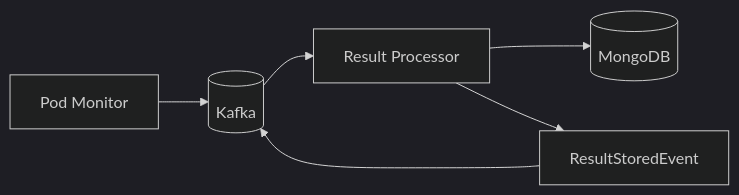
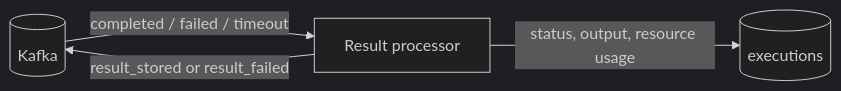
One commit to HardMax71/Integr8sCode changed the diagram in docs/components/workers/result_processor.md. Above: the diagram before and after it, drawn with Mermaid (dark theme). The commit also changed other lines of this file and 304 other files, not shown here.

````diff
--- a/docs/components/workers/result_processor.md
+++ b/docs/components/workers/result_processor.md
@@ -7,8 +5,6 @@
 ```mermaid
 graph LR
-    PodMon[Pod Monitor] --> Kafka[(Kafka)]
-    Kafka --> Processor[Result Processor]
-    Processor --> Mongo[(MongoDB)]
-    Processor --> Event[ResultStoredEvent]
-    Event --> Kafka
+    Kafka[(Kafka)] -->|completed / failed / timeout| Processor[Result processor]
+    Processor -->|status, output, resource usage| Mongo[(executions)]
+    Processor -->|result_stored or result_failed| Kafka
 ```
````
